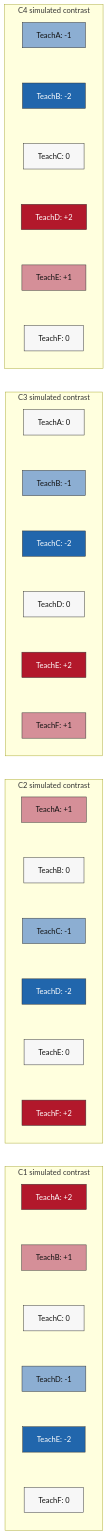
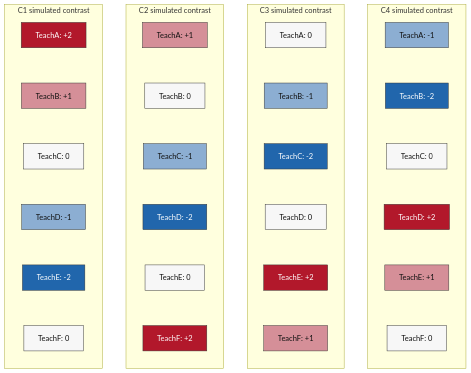
The sixth of 7 diagrams in 06_RESOURCES/Genomics/FIGURES/README.md (pskeffington/Dartmouth.HSE.Public), drawn with Mermaid before and after one commit. The commit also changed 1 other file, not shown here.

Commit message:
Align the synthetic Mermaid heatmap columns on GitHub

````diff
--- a/06_RESOURCES/Genomics/FIGURES/README.md
+++ b/06_RESOURCES/Genomics/FIGURES/README.md
@@ -89,29 +89,30 @@
 ```mermaid
 flowchart LR
   subgraph C1["C1 simulated contrast"]
     direction TB
     C1A["TeachA: +2"] ~~~ C1B["TeachB: +1"] ~~~ C1C["TeachC: 0"] ~~~ C1D["TeachD: -1"] ~~~ C1E["TeachE: -2"] ~~~ C1F["TeachF: 0"]
   end
   subgraph C2["C2 simulated contrast"]
     direction TB
     C2A["TeachA: +1"] ~~~ C2B["TeachB: 0"] ~~~ C2C["TeachC: -1"] ~~~ C2D["TeachD: -2"] ~~~ C2E["TeachE: 0"] ~~~ C2F["TeachF: +2"]
   end
   subgraph C3["C3 simulated contrast"]
     direction TB
     C3A["TeachA: 0"] ~~~ C3B["TeachB: -1"] ~~~ C3C["TeachC: -2"] ~~~ C3D["TeachD: 0"] ~~~ C3E["TeachE: +2"] ~~~ C3F["TeachF: +1"]
   end
   subgraph C4["C4 simulated contrast"]
     direction TB
     C4A["TeachA: -1"] ~~~ C4B["TeachB: -2"] ~~~ C4C["TeachC: 0"] ~~~ C4D["TeachD: +2"] ~~~ C4E["TeachE: +1"] ~~~ C4F["TeachF: 0"]
   end
+  C1 ~~~ C2 ~~~ C3 ~~~ C4
   classDef neg2 fill:#2166AC,stroke:#333333,color:#FFFFFF;
   classDef neg1 fill:#8CAED2,stroke:#333333,color:#111111;
   classDef zero fill:#F7F7F7,stroke:#333333,color:#111111;
   classDef pos1 fill:#D58F98,stroke:#333333,color:#111111;
   classDef pos2 fill:#B2182B,stroke:#333333,color:#FFFFFF;
   class C1E,C2D,C3C,C4B neg2;
   class C1D,C2C,C3B,C4A neg1;
   class C1C,C1F,C2B,C2E,C3A,C3D,C4C,C4F zero;
   class C1B,C2A,C3F,C4E pos1;
   class C1A,C2F,C3E,C4D pos2;
 ```
````
